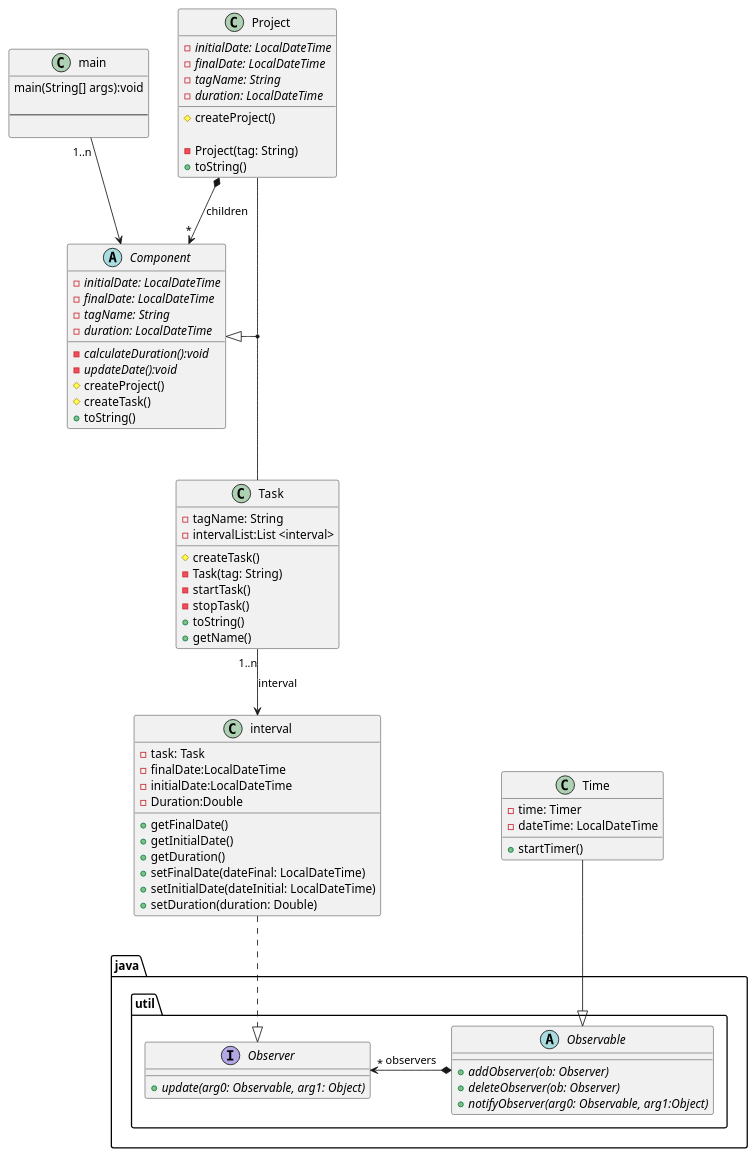
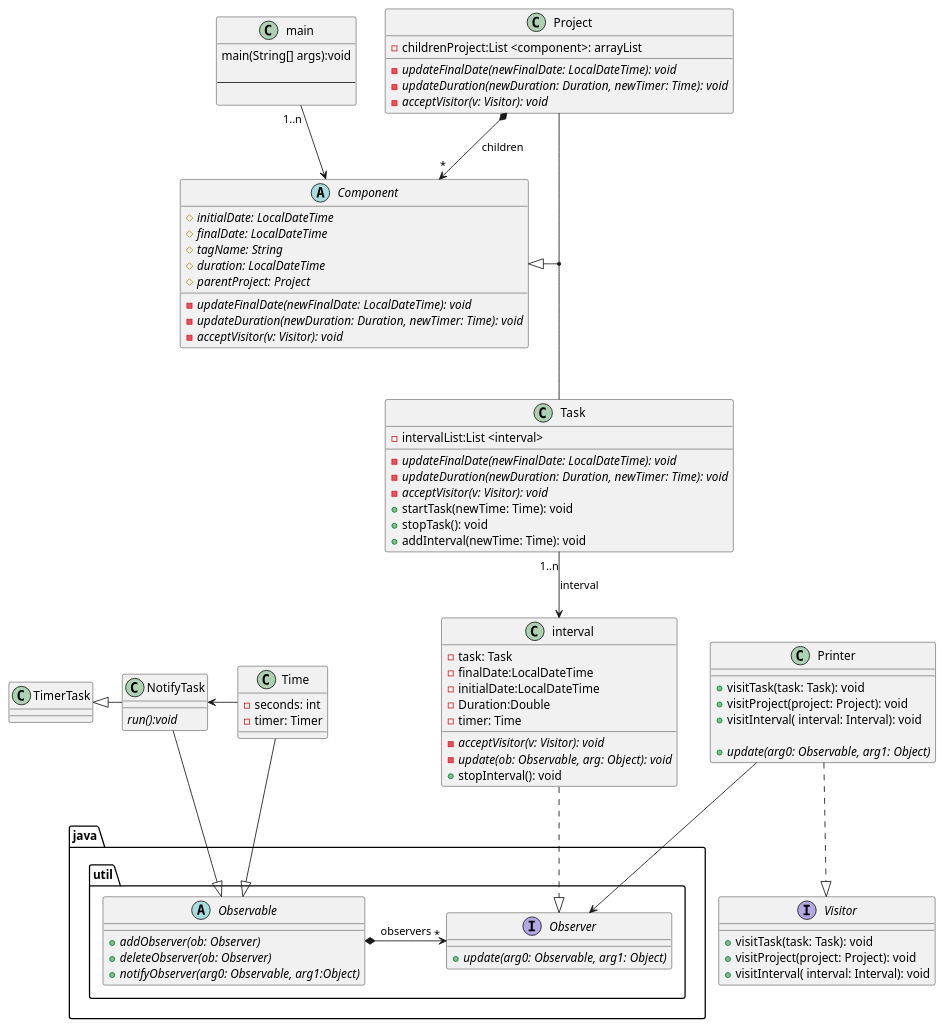
Before and after one commit to alekzihz/DS_TimeTracking: the diagram in src/umlTimeTracking.puml, drawn with PlantUML.

Commit message:
Update umlTimeTracking.puml
Diagrama UML actualizado

```diff
--- a/src/umlTimeTracking.puml
+++ b/src/umlTimeTracking.puml
@@ -1,99 +1,116 @@
 @startuml
 'https://plantuml.com/class-diagram
 
 
 
 class main{
   main(String[] args):void
 
   --
 
 }
 abstract Component{
-    {abstract}-initialDate: LocalDateTime
-    {abstract}-finalDate: LocalDateTime
-    {abstract}- tagName: String
-    {abstract}- duration: LocalDateTime
-    {abstract}-calculateDuration():void
-    {abstract}-updateDate():void
+    {abstract}#initialDate: LocalDateTime
+    {abstract}#finalDate: LocalDateTime
+    {abstract}#tagName: String
+    {abstract}#duration: LocalDateTime
+    {abstract}#parentProject: Project
 
+    {abstract}-updateFinalDate(newFinalDate: LocalDateTime): void
+    {abstract}-updateDuration(newDuration: Duration, newTimer: Time): void
+    {abstract}-acceptVisitor(v: Visitor): void
+}
 
-     #createProject()
-     #createTask()
-     +toString()
-
-}
-class Project{
-    {abstract}-initialDate: LocalDateTime
-    {abstract}-finalDate: LocalDateTime
-    {abstract}- tagName: String
-    {abstract}- duration: LocalDateTime
-    #createProject()
-
-    -Project(tag: String)
-    +toString()
+Interface Visitor{
+    +visitTask(task: Task): void
+    +visitProject(project: Project): void
+    +visitInterval( interval: Interval): void
 
 }
 
+class Project{
+    -childrenProject:List <component>: arrayList
+
+     {abstract}-updateFinalDate(newFinalDate: LocalDateTime): void
+     {abstract}-updateDuration(newDuration: Duration, newTimer: Time): void
+     {abstract}-acceptVisitor(v: Visitor): void
+}
+
 class Task {
-    -tagName: String
     -intervalList:List <interval>
-    #createTask()
-    -Task(tag: String)
-    -startTask()
-    -stopTask()
-    +toString()
-    +getName()
-
+    {abstract}-updateFinalDate(newFinalDate: LocalDateTime): void
+    {abstract}-updateDuration(newDuration: Duration, newTimer: Time): void
+    {abstract}-acceptVisitor(v: Visitor): void
+    +startTask(newTime: Time): void
+    +stopTask(): void
+    +addInterval(newTime: Time): void
 }
 class interval{
     -task: Task
     -finalDate:LocalDateTime
     -initialDate:LocalDateTime
     -Duration:Double
-    +getFinalDate()
-    +getInitialDate()
-    +getDuration()
-    +setFinalDate(dateFinal: LocalDateTime)
-    +setInitialDate(dateInitial: LocalDateTime)
-    +setDuration(duration: Double)
+    -timer: Time
+
+    {abstract}-acceptVisitor(v: Visitor): void
+    {abstract}-update(ob: Observable, arg: Object): void
+    +stopInterval(): void
 
 }
 
 package java.util{
 
     interface Observer {
 
         +{abstract}update(arg0: Observable, arg1: Object)
 
     }
 
     Abstract Observable
     {
        +{abstract}addObserver(ob: Observer)
        +{abstract}deleteObserver(ob: Observer)
        +{abstract}notifyObserver(arg0: Observable, arg1:Object)
     }
 
 
 
 }
 
 class Time {
-    -time: Timer
-    -dateTime: LocalDateTime
-    +startTimer()
+    -seconds: int
+    -timer: Timer
+
 }
+
+class NotifyTask{
+    {abstract}run():void
+}
+
+class Printer{
+    +visitTask(task: Task): void
+    +visitProject(project: Project): void
+    +visitInterval( interval: Interval): void
+
+    +{abstract}update(arg0: Observable, arg1: Object)
+}
+
+Time-left->NotifyTask
+NotifyTask--|>Observable
+NotifyTask-left-|>TimerTask
+
+Printer..|>Visitor
+Printer-->Observer
 
 main"1..n"--> Component
 Project *--> "*"Component:children
 
 Component <|--down(Project,Task)
 
 Time--|> Observable
 interval ..|> Observer
 Observable*--left>"*"Observer:observers
 Task "1..n"--> interval:interval
 
 
 @enduml
```
